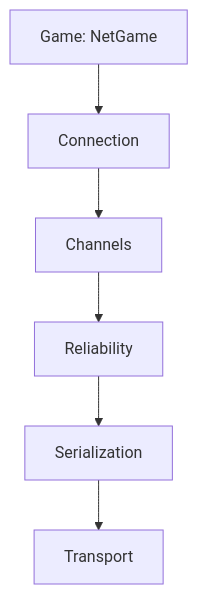
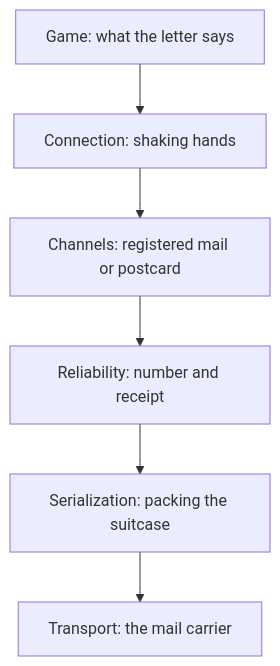
The diagram in kern/docs/book-yellow/10-networking.md (ChristianHohlfeld/kernengine.de), drawn with Mermaid before and after one commit. The commit also changed other lines of this file and 22 other files, not shown here.

````diff
--- a/kern/docs/book-yellow/10-networking.md
+++ b/kern/docs/book-yellow/10-networking.md
@@ -16,8 +36,10 @@
 ```mermaid
+%% Caption: The network stack as mail: one problem per layer
 flowchart TB
-  S[Game: NetGame] --> V[Connection]
-  V --> K[Channels]
-  K --> Z[Reliability]
-  Z --> B[Serialization]
-  B --> T[Transport]
+  S["Game: what the letter says"]
+  S --> V["Connection: shaking hands"]
+  V --> K["Channels: registered mail or postcard"]
+  K --> Z["Reliability: number and receipt"]
+  Z --> B["Serialization: packing the suitcase"]
+  B --> T["Transport: the mail carrier"]
 ```
````
